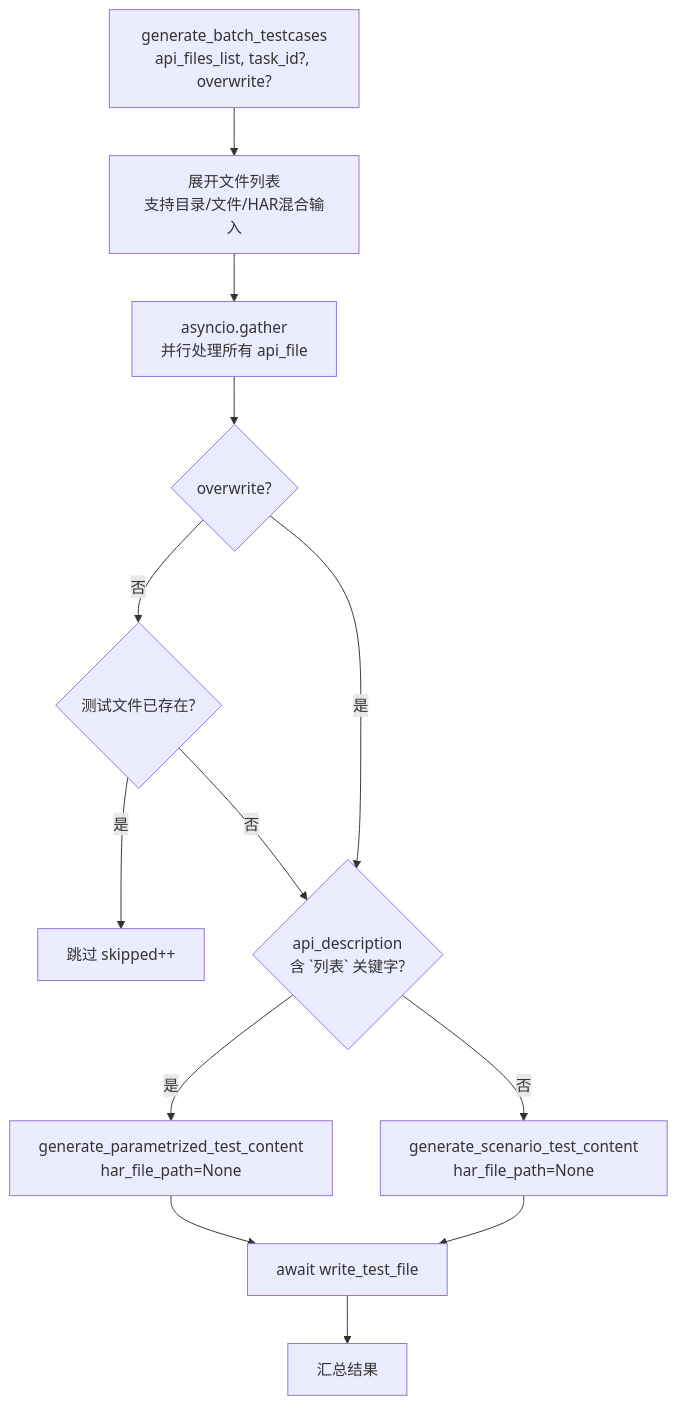
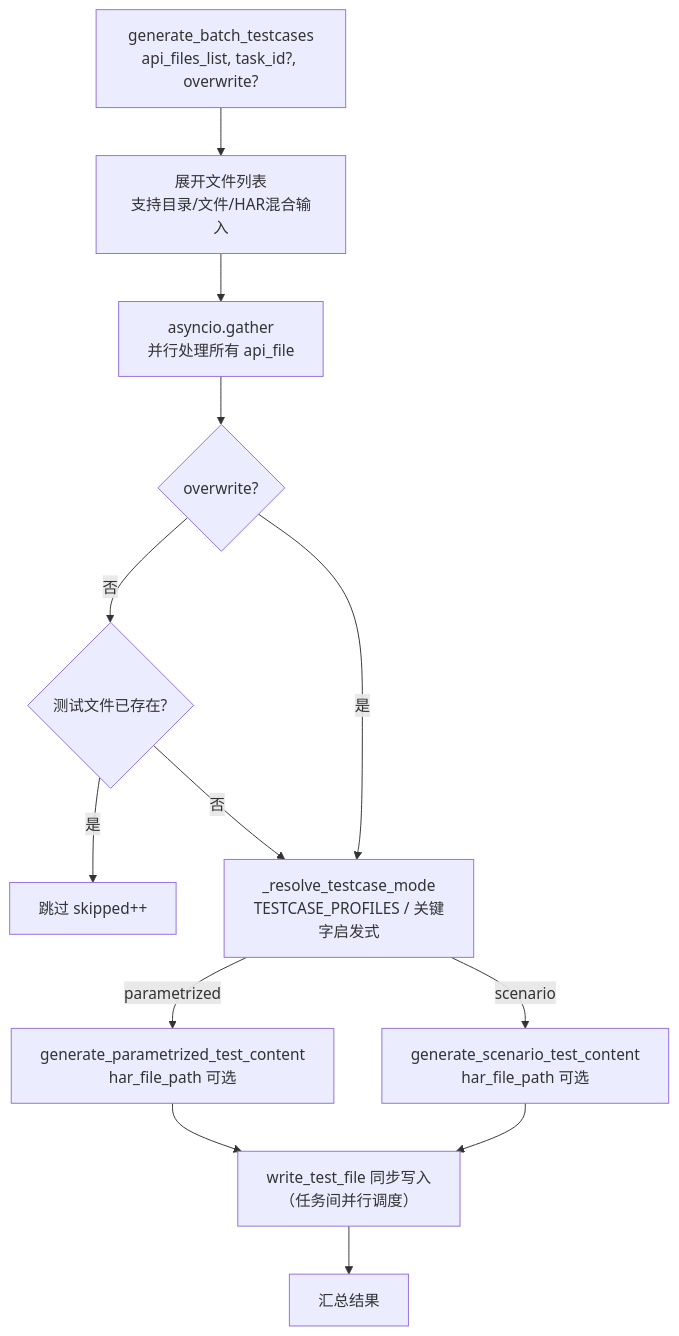
One commit to hewei198711/har2pytest changed the third of 3 diagrams in docs/testcase_generation_modes.md. Above: the diagram before and after it, drawn with Mermaid. The commit also changed other lines of this file and 64 other files, not shown here.

````diff
--- a/docs/testcase_generation_modes.md
+++ b/docs/testcase_generation_modes.md
@@ -347,15 +358,15 @@
 ```mermaid
 flowchart TD
     A["generate_batch_testcases<br/>api_files_list, task_id?, overwrite?"] --> B["展开文件列表<br/>支持目录/文件/HAR混合输入"]
     B --> C["asyncio.gather<br/>并行处理所有 api_file"]
     C --> D{overwrite?}
     D -->|否| E{测试文件已存在?}
     E -->|是| F["跳过 skipped++"]
-    D -->|是| G{"api_description<br/>含 `列表` 关键字?"}
+    D -->|是| G["_resolve_testcase_mode<br/>TESTCASE_PROFILES / 关键字启发式"]
     E -->|否| G
-    G -->|是| H["generate_parametrized_test_content<br/>har_file_path=None"]
-    G -->|否| I["generate_scenario_test_content<br/>har_file_path=None"]
-    H --> J["await write_test_file"]
+    G -->|parametrized| H["generate_parametrized_test_content<br/>har_file_path 可选"]
+    G -->|scenario| I["generate_scenario_test_content<br/>har_file_path 可选"]
+    H --> J["write_test_file 同步写入<br/>（任务间并行调度）"]
     I --> J
     J --> K["汇总结果"]
 ```
````
